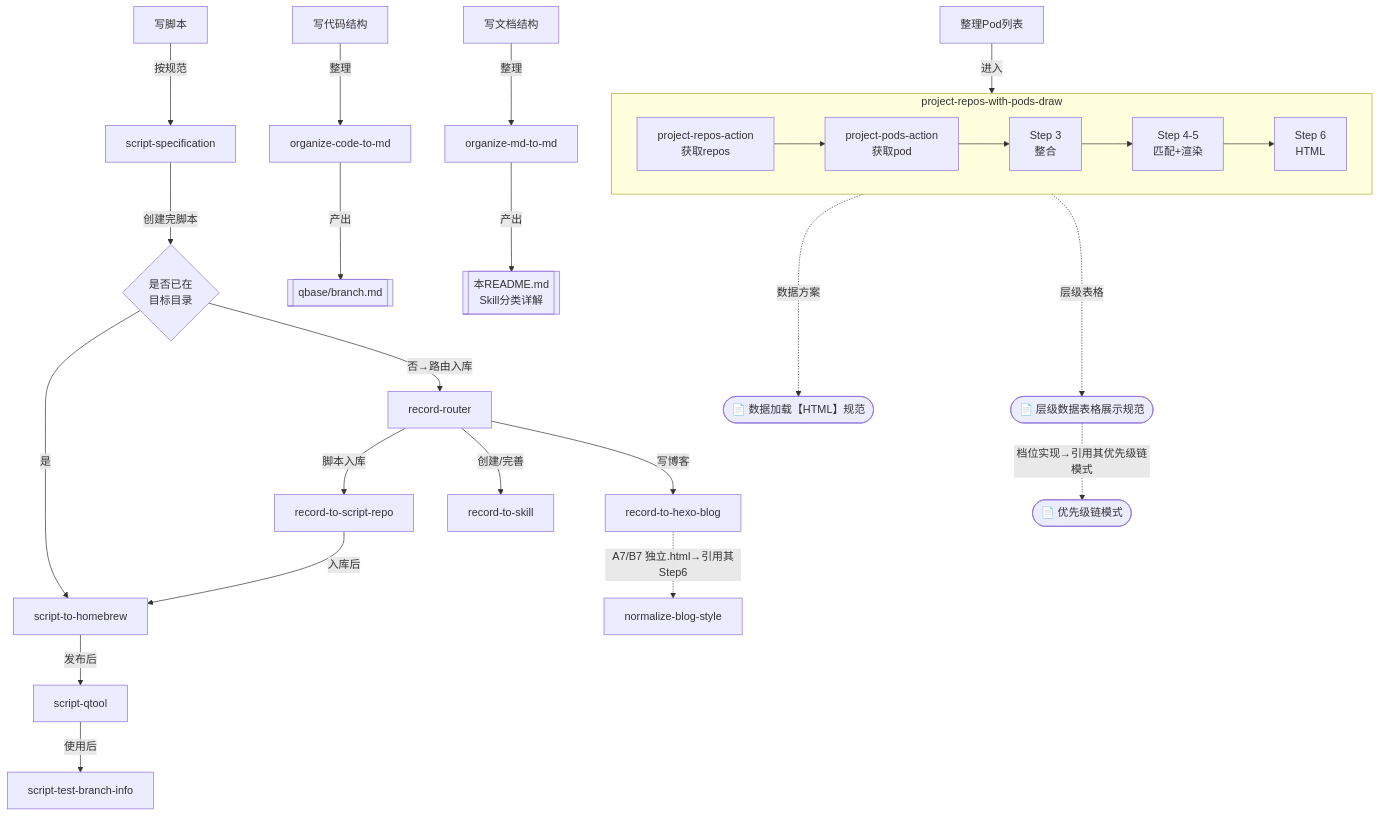
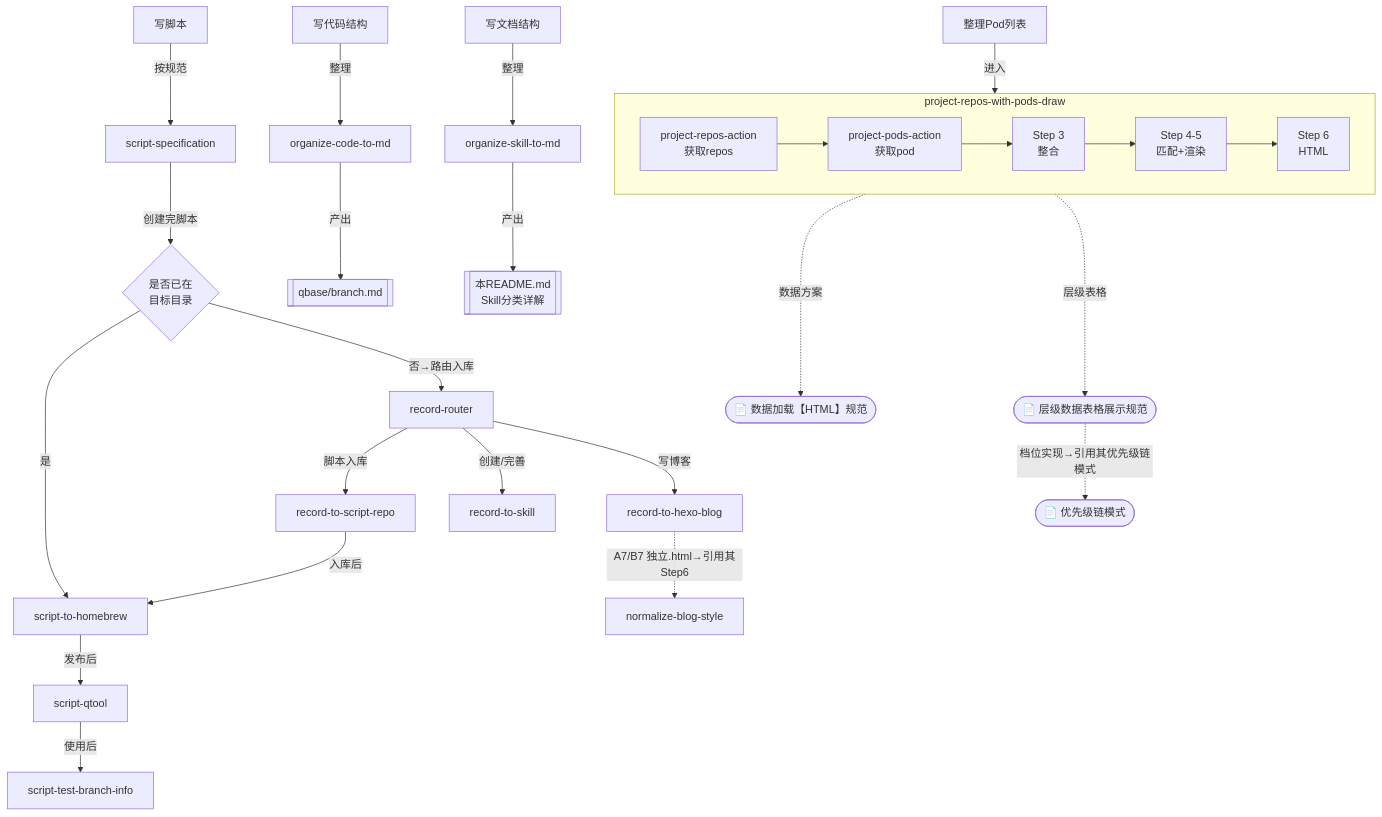
The fifth of 5 diagrams in README.md (dvlproad/AI-qskills), drawn with Mermaid before and after one commit. The commit also changed other lines of this file and 2 other files, not shown here.

Commit message:
organize-skill-to-md | 整理 Skill 关系

````diff
--- a/README.md
+++ b/README.md
@@ -195,35 +195,35 @@
 ```mermaid
 flowchart TD
     RR[record-router] -->|脚本入库| RSR[record-to-script-repo]
     RR -->|创建/完善| RS[record-to-skill]
     RR -->|写博客| RH[record-to-hexo-blog]
 
     RH -.->|A7/B7 独立.html→引用其Step6| NB[normalize-blog-style]
     HTH([📄 层级数据表格展示规范]) -.->|档位实现→引用其优先级链模式| PC([📄 优先级链模式])
 
     WRITE[写脚本] -->|按规范| SP[script-specification]
     SP -->|创建完脚本| CHECK{是否已在<br/>目标目录}
     CHECK -->|是| SH[script-to-homebrew]
     CHECK -->|否→路由入库| RR
     RSR -->|入库后| SH
     SH -->|发布后| SQ[script-qtool]
     SQ -->|使用后| ST[script-test-branch-info]
 
     WRITE_CODE[写代码结构] -->|整理| OCM[organize-code-to-md]
     OCM -->|产出| BRANCH_MD[[qbase/branch.md]]
-    WRITE_MD[写文档结构] -->|整理| OMD[organize-md-to-md]
+    WRITE_MD[写文档结构] -->|整理| OMD[organize-skill-to-md]
     OMD -->|产出| README_SKILL[[本README.md<br/>Skill分类详解]]
 
     POD_LIST[整理Pod列表] -->|进入| S1
     
     subgraph NP_SKILL["project-repos-with-pods-draw"]
         direction LR
         S1[project-repos-action\n获取repos] --> S2[project-pods-action\n获取pod]
         S2 --> S3[Step 3\n整合]
         S3 --> S45[Step 4-5\n匹配+渲染]
         S45 --> S6[Step 6\nHTML]
     end
 
     S6 -..->|数据方案| HL([📄 数据加载【HTML】规范])
     S6 -..->|层级表格| HTH([📄 层级数据表格展示规范])
 ```
````
